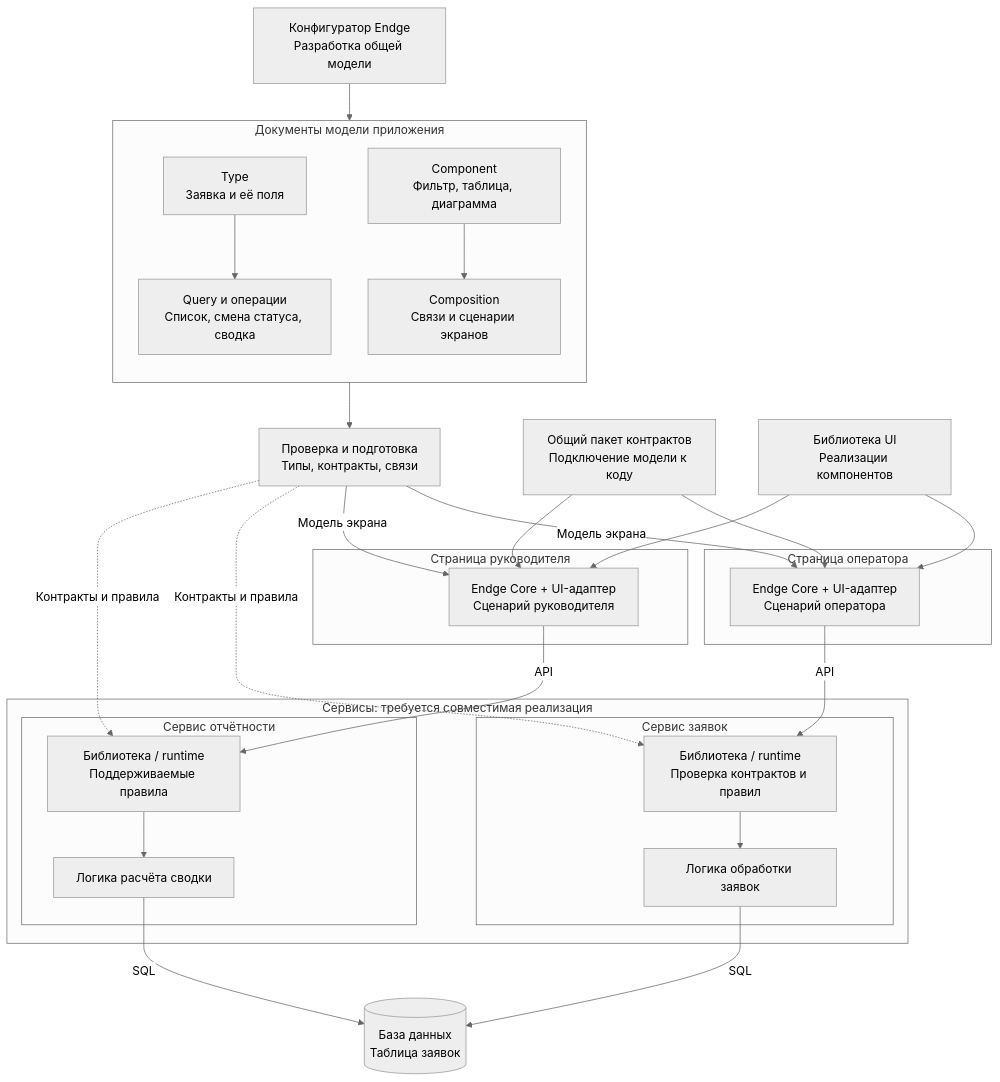
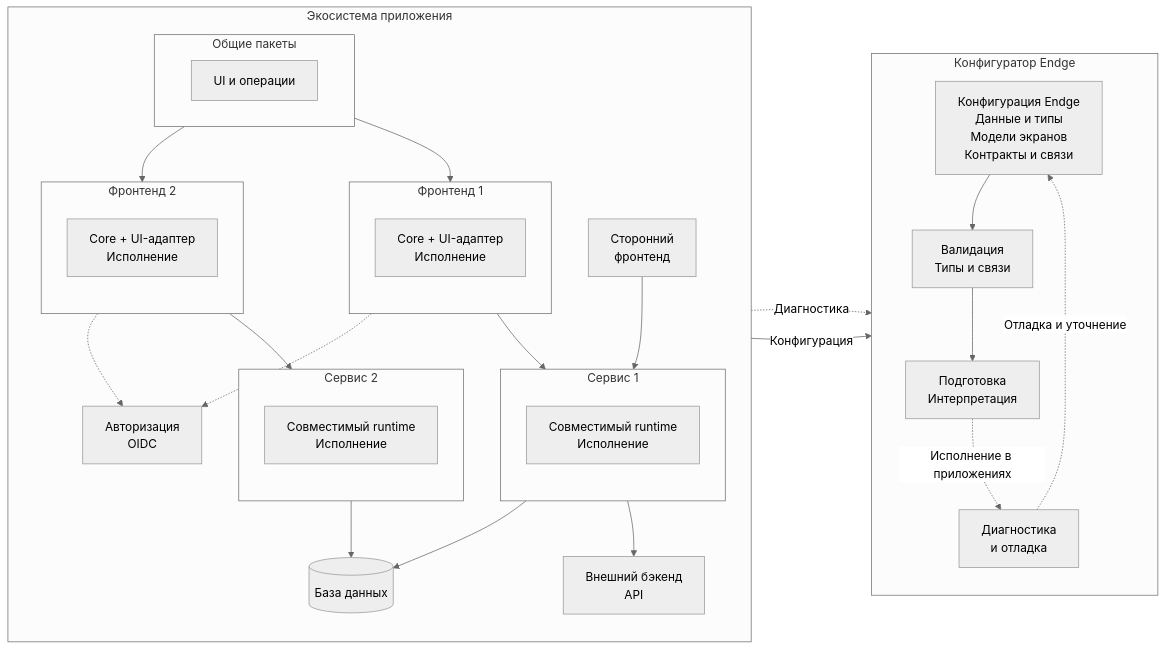
One commit to endge-lab/configurator-docs changed the second of 2 diagrams in docs/index.md. Above: the diagram before and after it, drawn with Mermaid (neutral theme). The commit also changed other lines of this file and 1 other file, not shown here.

````diff
--- a/docs/index.md
+++ b/docs/index.md
@@ -75,57 +106,56 @@
 ```mermaid
-flowchart TB
-  CONFIG["Конфигуратор Endge<br/>Разработка общей модели"]
-
-  subgraph MODEL["Документы модели приложения"]
+flowchart LR
+  subgraph ECOSYSTEM["Экосистема приложения"]
     direction TB
-    TYPES["Type<br/>Заявка и её поля"]
-    QUERIES["Query и операции<br/>Список, смена статуса, сводка"]
-    COMPONENTS["Component<br/>Фильтр, таблица, диаграмма"]
-    COMPOSITIONS["Composition<br/>Связи и сценарии экранов"]
-    TYPES --> QUERIES
-    COMPONENTS --> COMPOSITIONS
+      subgraph PACKAGES["Общие пакеты"]
+        direction LR
+        P_CODE["UI и операции"]
+      end
+      subgraph FRONT_A["Фронтенд 1"]
+        direction TB
+        A_ENGINE["Core + UI-адаптер<br/>Исполнение"]
+      end
+      subgraph FRONT_B["Фронтенд 2"]
+        direction TB
+        B_ENGINE["Core + UI-адаптер<br/>Исполнение"]
+      end
+      subgraph SERVICE_A["Сервис 1"]
+        direction TB
+        R_ENGINE["Совместимый runtime<br/>Исполнение"]
+      end
+      subgraph SERVICE_B["Сервис 2"]
+        direction TB
+        S_ENGINE["Совместимый runtime<br/>Исполнение"]
+      end
+      PACKAGES --> FRONT_A & FRONT_B
+      FRONT_A --> SERVICE_A
+      FRONT_B --> SERVICE_B
+    AUTH["Авторизация<br/>OIDC"]
+    EXTERNAL_API["Внешний бэкенд<br/>API"]
+    EXTERNAL_UI["Сторонний<br/>фронтенд"]
+    DB[("База данных")]
+    FRONT_A & FRONT_B -.-> AUTH
+    SERVICE_A --> EXTERNAL_API
+    EXTERNAL_UI --> SERVICE_A
+    SERVICE_A & SERVICE_B --> DB
   end
 
-  CONFIG --> MODEL
-  MODEL --> PREPARE["Проверка и подготовка<br/>Типы, контракты, связи"]
-
-  CONTRACTS["Общий пакет контрактов<br/>Подключение модели к коду"]
-  UI["Библиотека UI<br/>Реализации компонентов"]
-
-  subgraph OPERATOR["Страница оператора"]
-    CORE_OP["Endge Core + UI-адаптер<br/>Сценарий оператора"]
-  end
-  subgraph MANAGER["Страница руководителя"]
-    CORE_MGR["Endge Core + UI-адаптер<br/>Сценарий руководителя"]
+  subgraph PIPELINE["Конфигуратор Endge"]
+    direction TB
+    MODEL["Конфигурация Endge<br/>Данные и типы<br/>Модели экранов<br/>Контракты и связи"]
+    CHECK["Валидация<br/>Типы и связи"]
+    PREPARE["Подготовка<br/>Интерпретация"]
+    RUN["Диагностика<br/>и отладка"]
+    MODEL --> CHECK --> PREPARE
+    PREPARE -.->|Исполнение в приложениях| RUN
+    RUN -.->|Отладка и уточнение| MODEL
   end
 
-  PREPARE -->|Модель экрана| CORE_OP & CORE_MGR
-  CONTRACTS --> CORE_OP & CORE_MGR
-  UI --> CORE_OP & CORE_MGR
+  ECOSYSTEM -.->|Диагностика| PIPELINE
+  ECOSYSTEM -->|Конфигурация| PIPELINE
 
-  subgraph SERVICES["Сервисы: требуется совместимая реализация"]
-    subgraph REQUESTS["Сервис заявок"]
-      RT_REQ["Библиотека / runtime<br/>Проверка контрактов и правил"]
-      LOGIC_REQ["Логика обработки заявок"]
-      RT_REQ --> LOGIC_REQ
-    end
-    subgraph REPORTS["Сервис отчётности"]
-      RT_REP["Библиотека / runtime<br/>Поддерживаемые правила"]
-      LOGIC_REP["Логика расчёта сводки"]
-      RT_REP --> LOGIC_REP
-    end
-  end
-
-  CORE_OP -->|API| RT_REQ
-  CORE_MGR -->|API| RT_REP
-  PREPARE -.->|Контракты и правила| RT_REQ & RT_REP
-  LOGIC_REQ -->|SQL| DB
-  LOGIC_REP -->|SQL| DB
-  DB[("База данных<br/>Таблица заявок")]
-
-  class CONFIG endgeInput
-  class TYPES,QUERIES,COMPONENTS,COMPOSITIONS endgeRegistry
-  class PREPARE,CORE_OP,CORE_MGR,RT_REQ,RT_REP endgeProcess
-  class CONTRACTS,UI,LOGIC_REQ,LOGIC_REP endgePackage
-  class DB endgeTerminal
+  class MODEL endgeRegistry
+  class A_ENGINE,B_ENGINE,R_ENGINE,S_ENGINE,CHECK,PREPARE,RUN endgeProcess
+  class P_CODE endgePackage
+  class AUTH,EXTERNAL_API,EXTERNAL_UI,DB endgeTerminal
 ```
````
